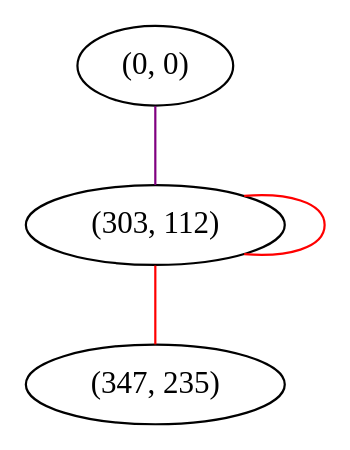
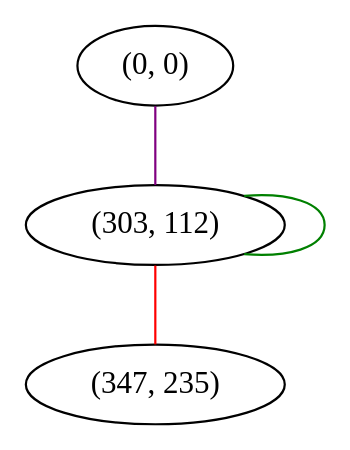
One commit to FelixMcFelix/sip-for-cv-paper changed the diagram in graphviz/alegreya/Q-up.gv. Above: the diagram before and after it, drawn with Graphviz. The commit also changed 41357 other files, not shown here.

First line of the commit message:
Dual graphs, new fonts, cross-font comparison

```diff
--- a/graphviz/alegreya/Q-up.gv
+++ b/graphviz/alegreya/Q-up.gv
@@ -1,8 +1,8 @@
 graph "" {
 "(0, 0)";
 "(303, 112)";
 "(347, 235)";
 "(0, 0)" -- "(303, 112)"  [color=purple, key=0, weight=4];
-"(303, 112)" -- "(303, 112)"  [color=red, key=0, weight=1];
+"(303, 112)" -- "(303, 112)"  [color=green, key=0, weight=2];
 "(303, 112)" -- "(347, 235)"  [color=red, key=0, weight=1];
 }
```
